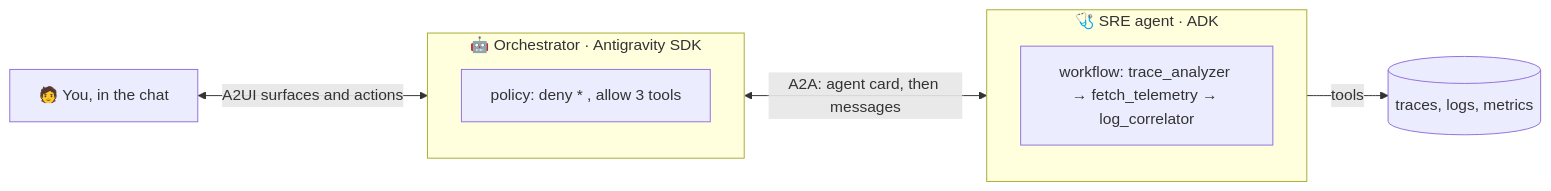
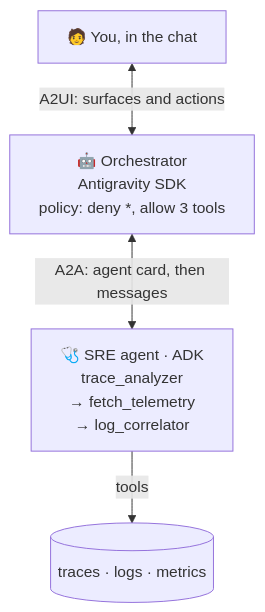
Before and after one commit to xSAVIKx/sre-agent: the diagram in workshop/basics/README.md, drawn with Mermaid. The commit also changed 3 other files, not shown here.

First line of the commit message:
docs: vertical diagrams that fit the website's text column

````diff
--- a/workshop/basics/README.md
+++ b/workshop/basics/README.md
@@ -20,12 +20,10 @@
 ```mermaid
-flowchart LR
-    U["🧑 You, in the chat"] <-->|A2UI surfaces and actions| O
-    subgraph O["🤖 Orchestrator · Antigravity SDK"]
-        P["policy: deny * , allow 3 tools"]
-    end
+flowchart TB
+    U["🧑 You, in the chat"]
+    O["🤖 Orchestrator<br/>Antigravity SDK<br/>policy: deny *, allow 3 tools"]
+    S["🩺 SRE agent · ADK<br/>trace_analyzer<br/>→ fetch_telemetry<br/>→ log_correlator"]
+    T[("traces · logs · metrics")]
+    U <-->|"A2UI: surfaces and actions"| O
     O <-->|"A2A: agent card, then messages"| S
-    subgraph S["🩺 SRE agent · ADK"]
-        W["workflow: trace_analyzer → fetch_telemetry → log_correlator"]
-    end
-    S -->|tools| T[("traces, logs, metrics")]
+    S -->|tools| T
 ```
````
